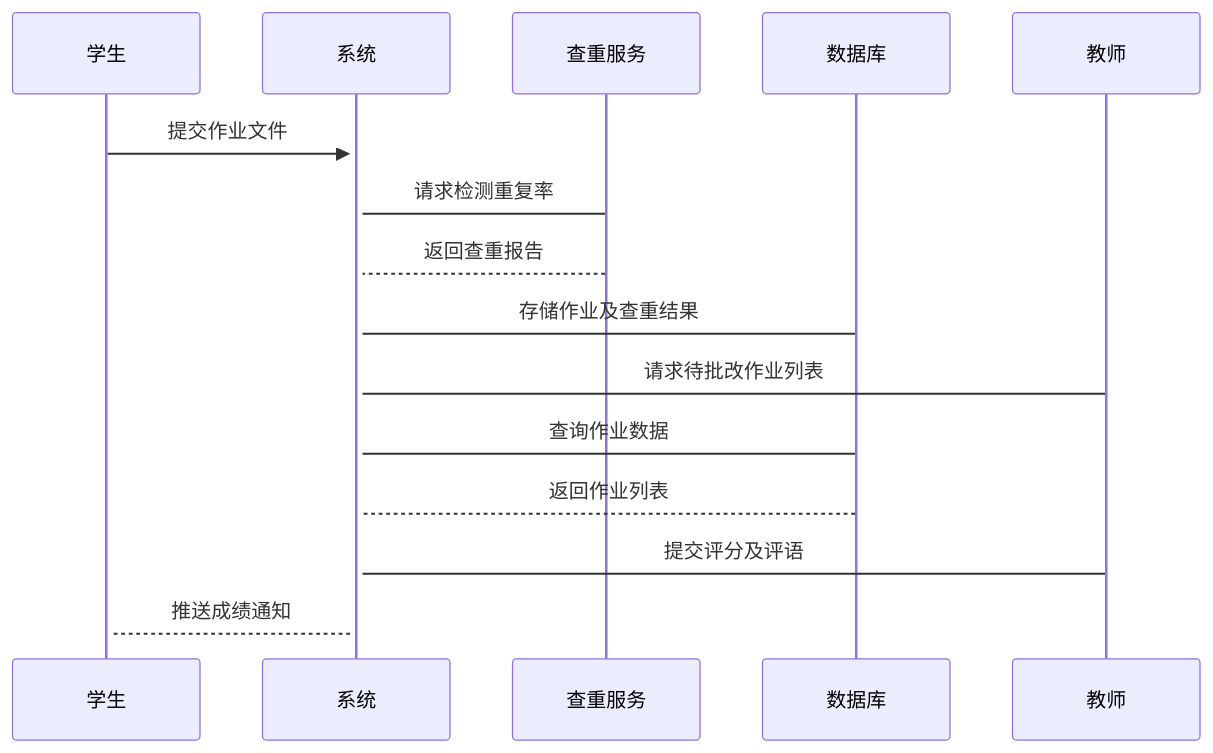
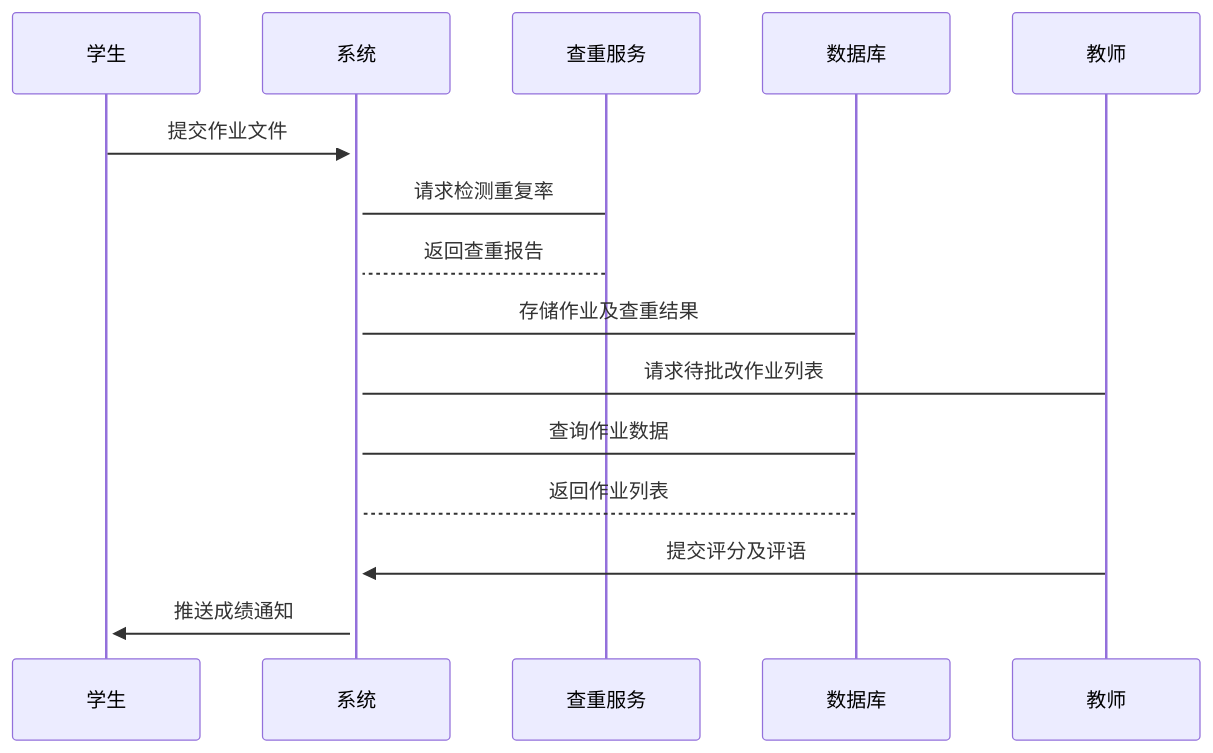
Before and after one commit to YOAyes/iodraw-files: the diagram in all/未命名-1.md, drawn with Mermaid.

Commit message:
2025-05-08 20:02:26 update

````diff
--- a/all/未命名-1.md
+++ b/all/未命名-1.md
@@ -1,13 +1,13 @@
 ```mermaid
 sequenceDiagram
 学生 ->>+ 系统: 提交作业文件
 系统 -> 查重服务: 请求检测重复率
 查重服务 --> 系统: 返回查重报告
 系统 -> 数据库: 存储作业及查重结果
 教师 -> 系统: 请求待批改作业列表
 系统 -> 数据库: 查询作业数据
 数据库 --> 系统: 返回作业列表
-教师 -> 系统: 提交评分及评语
-系统 -->+ 学生: 推送成绩通知
+教师 ->>+ 系统: 提交评分及评语
+系统 ->>+ 学生: 推送成绩通知
 
 ```
````
